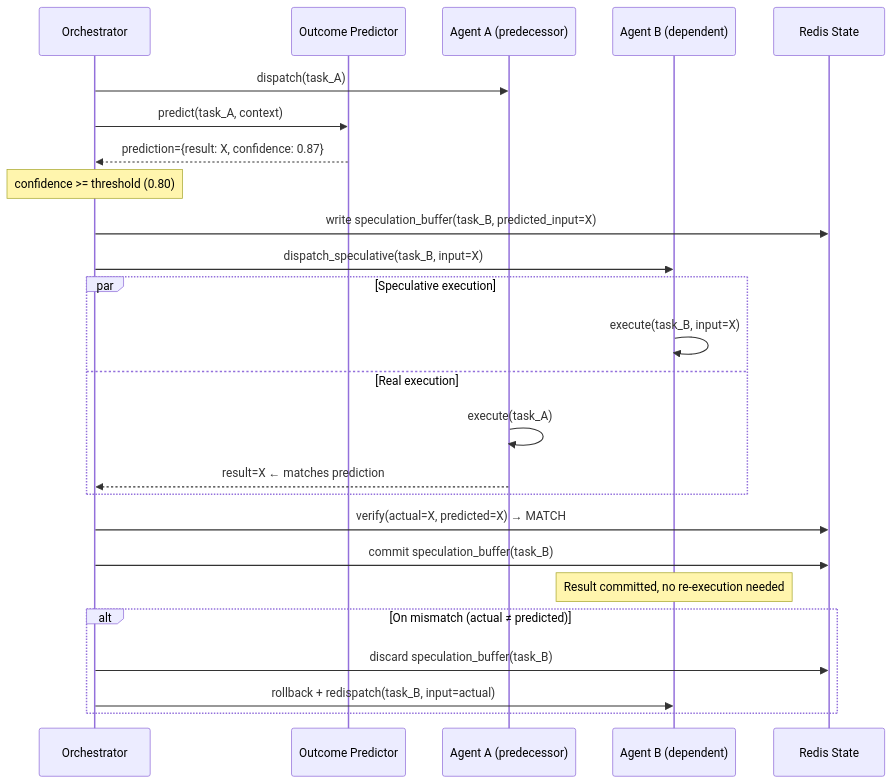
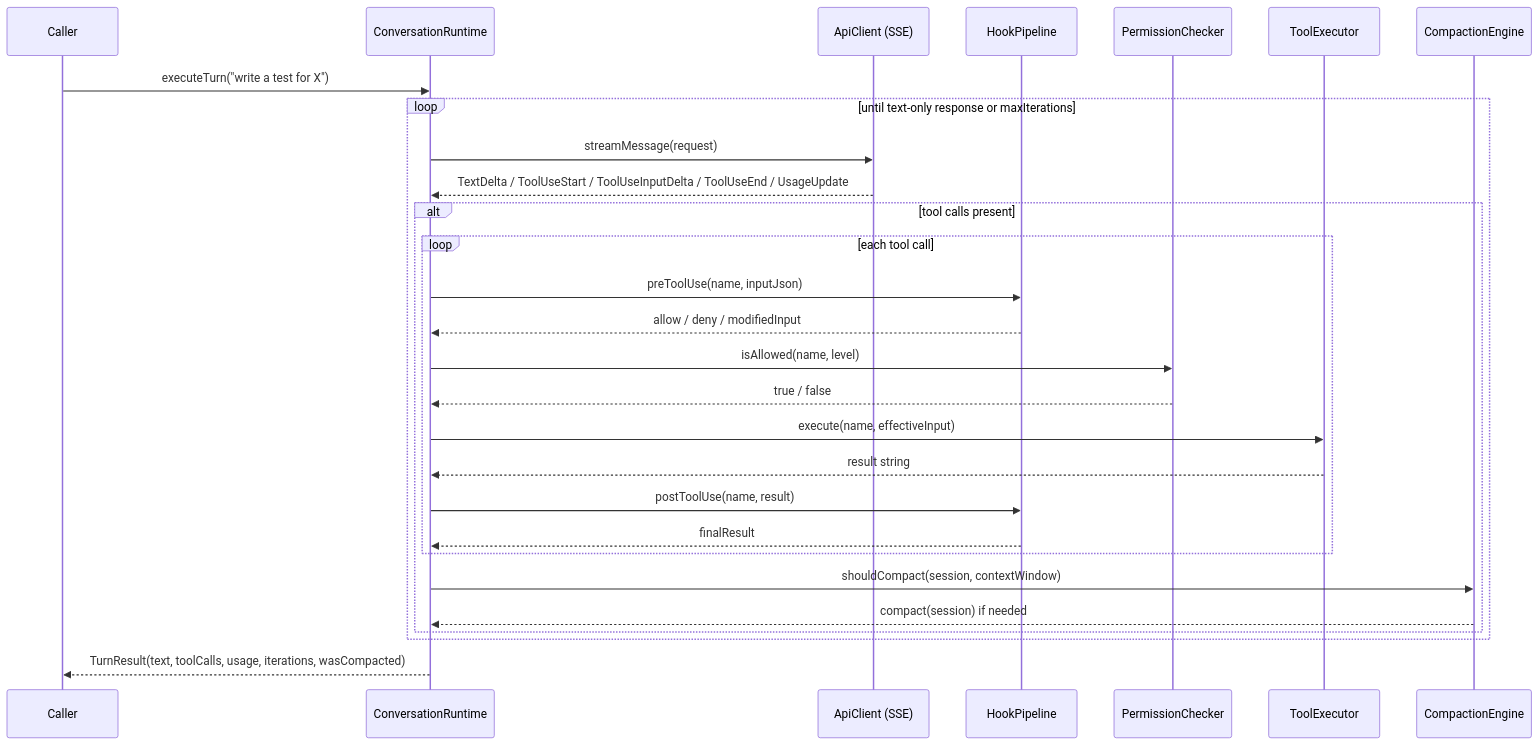
Before and after one commit to ndqkhanh/agent-forge: the second of 2 diagrams in README.md, drawn with Mermaid. The commit also changed other lines of this file and 183 other files, not shown here.

First line of the commit message:
feat: implement agentic AI runtime engine — 8 modules, 92 source files, 736 tests

````diff
--- a/README.md
+++ b/README.md
@@ -143,33 +119,31 @@
 ```mermaid
 sequenceDiagram
-    participant ORC as Orchestrator
-    participant PRED as Outcome Predictor
-    participant A1 as Agent A (predecessor)
-    participant A2 as Agent B (dependent)
-    participant RS as Redis State
+    participant U as Caller
+    participant CR as ConversationRuntime
+    participant API as ApiClient (SSE)
+    participant HP as HookPipeline
+    participant PC as PermissionChecker
+    participant TE as ToolExecutor
+    participant CE as CompactionEngine
 
-    ORC->>A1: dispatch(task_A)
-    ORC->>PRED: predict(task_A, context)
-    PRED-->>ORC: prediction={result: X, confidence: 0.87}
-
-    Note over ORC: confidence >= threshold (0.80)
-
-    ORC->>RS: write speculation_buffer(task_B, predicted_input=X)
-    ORC->>A2: dispatch_speculative(task_B, input=X)
-
-    par Speculative execution
-        A2->>A2: execute(task_B, input=X)
-    and Real execution
-        A1->>A1: execute(task_A)
-        A1-->>ORC: result=X  ← matches prediction
+    U->>CR: executeTurn("write a test for X")
+    loop until text-only response or maxIterations
+        CR->>API: streamMessage(request)
+        API-->>CR: TextDelta / ToolUseStart / ToolUseInputDelta / ToolUseEnd / UsageUpdate
+        alt tool calls present
+            loop each tool call
+                CR->>HP: preToolUse(name, inputJson)
+                HP-->>CR: allow / deny / modifiedInput
+                CR->>PC: isAllowed(name, level)
+                PC-->>CR: true / false
+                CR->>TE: execute(name, effectiveInput)
+                TE-->>CR: result string
+                CR->>HP: postToolUse(name, result)
+                HP-->>CR: finalResult
+            end
+            CR->>CE: shouldCompact(session, contextWindow)
+            CE-->>CR: compact(session) if needed
+        end
     end
-
-    ORC->>RS: verify(actual=X, predicted=X) → MATCH
-    ORC->>RS: commit speculation_buffer(task_B)
-    Note over A2: Result committed, no re-execution needed
-
-    alt On mismatch (actual ≠ predicted)
-        ORC->>RS: discard speculation_buffer(task_B)
-        ORC->>A2: rollback + redispatch(task_B, input=actual)
-    end
+    CR-->>U: TurnResult(text, toolCalls, usage, iterations, wasCompacted)
 ```
````
